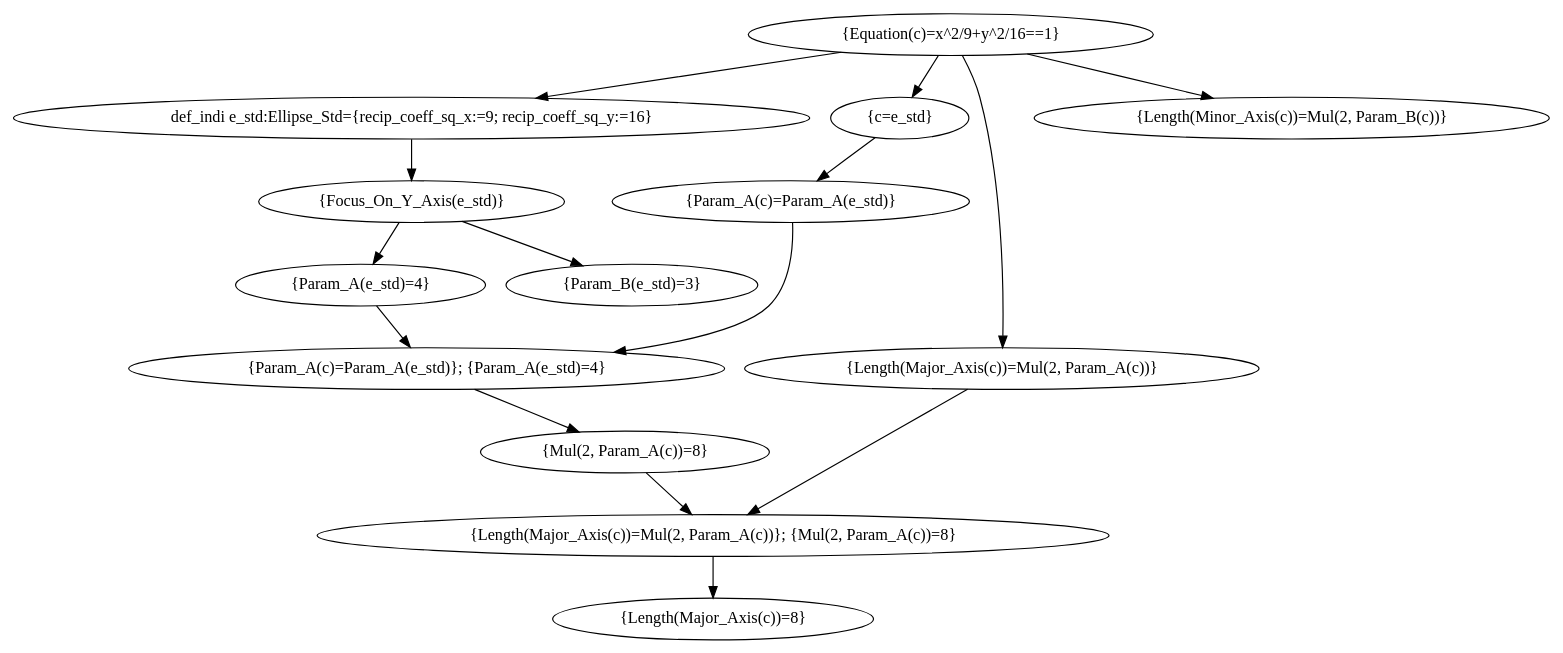
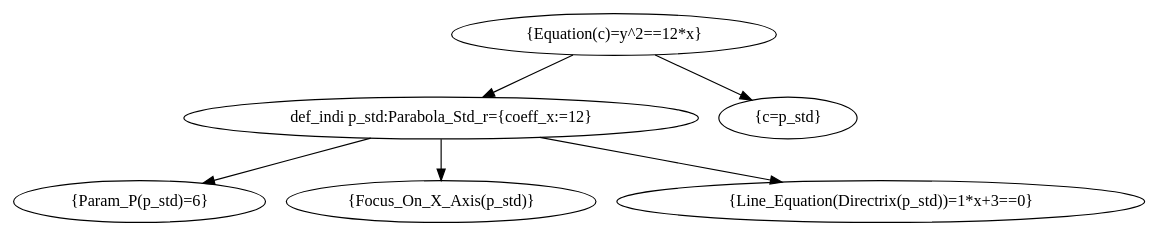
Before and after one commit to trapped-beast/KE_Reasoning_Engine: the diagram in reasoning_engine/all_progress.dot, drawn with Graphviz. The commit also changed 19 other files, not shown here.

```diff
--- a/reasoning_engine/all_progress.dot
+++ b/reasoning_engine/all_progress.dot
@@ -1,57 +1,27 @@
 digraph all_progress {
-	graph [bb="0,0,1079.6,540"];
+	graph [bb="0,0,788.88,180"];
 	node [label="\N"];
-	"{Equation(c)=x^2/9+y^2/16==1}"	[height=0.5,
-		pos="649.63,522",
-		width=3.6469];
-	"def_indi e_std:Ellipse_Std={recip_coeff_sq_x:=9; recip_coeff_sq_y:=16}"	[height=0.5,
-		pos="273.63,450",
-		width=7.6007];
-	"{Equation(c)=x^2/9+y^2/16==1}" -> "def_indi e_std:Ellipse_Std={recip_coeff_sq_x:=9; recip_coeff_sq_y:=16}"	[pos="e,362.02,467.46 573.99,506.92 516.23,496.17 436.12,481.25 373.16,469.53"];
-	"{c=e_std}"	[height=0.5,
-		pos="612.63,450",
-		width=1.3179];
-	"{Equation(c)=x^2/9+y^2/16==1}" -> "{c=e_std}"	[pos="e,621.67,468.1 640.48,503.7 636.4,495.98 631.5,486.71 626.96,478.11"];
-	"{Length(Major_Axis(c))=Mul(2, Param_A(c))}"	[height=0.5,
-		pos="687.63,234",
-		width=5.0551];
-	"{Equation(c)=x^2/9+y^2/16==1}" -> "{Length(Major_Axis(c))=Mul(2, Param_A(c))}"	[pos="e,687.76,252.47 657.14,503.67 661.23,493.48 665.98,480.23 668.63,468 684.26,395.66 687.26,308.15 687.69,263.79"];
-	"{Length(Minor_Axis(c))=Mul(2, Param_B(c))}"	[height=0.5,
-		pos="897.63,450",
-		width=5.0551];
-	"{Equation(c)=x^2/9+y^2/16==1}" -> "{Length(Minor_Axis(c))=Mul(2, Param_B(c))}"	[pos="e,839.13,467.51 705.28,505.29 741.7,495.01 789.56,481.5 828.43,470.53"];
-	"{Focus_On_Y_Axis(e_std)}"	[height=0.5,
-		pos="273.63,378",
-		width=3.1053];
-	"def_indi e_std:Ellipse_Std={recip_coeff_sq_x:=9; recip_coeff_sq_y:=16}" -> "{Focus_On_Y_Axis(e_std)}"	[pos="e,273.63,396.1 273.63,431.7 273.63,424.41 273.63,415.73 273.63,407.54"];
-	"{Param_A(c)=Param_A(e_std)}"	[height=0.5,
-		pos="533.63,378",
-		width=3.5025];
-	"{c=e_std}" -> "{Param_A(c)=Param_A(e_std)}"	[pos="e,552.86,396.04 594.7,433.12 584.86,424.39 572.44,413.39 561.37,403.58"];
-	"{Length(Major_Axis(c))=Mul(2, Param_A(c))}; {Mul(2, Param_A(c))=8}"	[height=0.5,
-		pos="482.63,90",
-		width=7.7451];
-	"{Length(Major_Axis(c))=Mul(2, Param_A(c))}" -> "{Length(Major_Axis(c))=Mul(2, Param_A(c))}; {Mul(2, Param_A(c))=8}"	[pos="e,507.76,108.41 662.9,215.87 626.52,190.67 558.43,143.51 517.15,114.91"];
-	"{Param_A(e_std)=4}"	[height=0.5,
-		pos="226.63,306",
-		width=2.4192];
-	"{Focus_On_Y_Axis(e_std)}" -> "{Param_A(e_std)=4}"	[pos="e,238.11,324.1 262.01,359.7 256.71,351.81 250.33,342.3 244.45,333.55"];
-	"{Param_B(e_std)=3}"	[height=0.5,
-		pos="418.63,306",
-		width=2.4192];
-	"{Focus_On_Y_Axis(e_std)}" -> "{Param_B(e_std)=3}"	[pos="e,385.26,323.11 307.99,360.41 328.07,350.72 353.6,338.39 375.08,328.02"];
-	"{Param_A(c)=Param_A(e_std)}; {Param_A(e_std)=4}"	[height=0.5,
-		pos="279.63,234",
-		width=5.7773];
-	"{Param_A(e_std)=4}" -> "{Param_A(c)=Param_A(e_std)}; {Param_A(e_std)=4}"	[pos="e,266.55,252.28 239.46,288.05 245.55,280.01 252.97,270.2 259.77,261.23"];
-	"{Param_A(c)=Param_A(e_std)}" -> "{Param_A(c)=Param_A(e_std)}; {Param_A(e_std)=4}"	[pos="e,395.74,249.3 535.04,359.73 535.67,339.69 533.4,306.99 514.63,288 498.57,271.75 453.42,259.72 406.94,251.27"];
-	"{Mul(2, Param_A(c))=8}"	[height=0.5,
-		pos="417.63,162",
-		width=2.8525];
-	"{Param_A(c)=Param_A(e_std)}; {Param_A(e_std)=4}" -> "{Mul(2, Param_A(c))=8}"	[pos="e,385.17,179.47 313.38,215.88 332,206.43 355.3,194.61 375.15,184.55"];
-	"{Mul(2, Param_A(c))=8}" -> "{Length(Major_Axis(c))=Mul(2, Param_A(c))}; {Mul(2, Param_A(c))=8}"	[pos="e,466.58,108.28 433.36,144.05 440.99,135.84 450.32,125.79 458.8,116.66"];
-	"{Length(Major_Axis(c))=8}"	[height=0.5,
-		pos="482.63,18",
+	"{Equation(c)=y^2==12*x}"	[height=0.5,
+		pos="424.44,162",
+		width=2.997];
+	"def_indi p_std:Parabola_Std_r={coeff_x:=12}"	[height=0.5,
+		pos="303.44,90",
+		width=4.8746];
+	"{Equation(c)=y^2==12*x}" -> "def_indi p_std:Parabola_Std_r={coeff_x:=12}"	[pos="e,333.03,108.12 395.46,144.23 379.68,135.1 359.93,123.68 342.78,113.76"];
+	"{c=p_std}"	[height=0.5,
+		pos="545.44,90",
+		width=1.336];
+	"{Equation(c)=y^2==12*x}" -> "{c=p_std}"	[pos="e,519.98,105.73 453.42,144.23 470.45,134.38 492.1,121.86 510.12,111.43"];
+	"{Param_P(p_std)=6}"	[height=0.5,
+		pos="86.442,18",
+		width=2.4012];
+	"def_indi p_std:Parabola_Std_r={coeff_x:=12}" -> "{Param_P(p_std)=6}"	[pos="e,131.86,33.65 251.74,72.322 218.82,61.704 176.19,47.952 142.47,37.074"];
+	"{Focus_On_X_Axis(p_std)}"	[height=0.5,
+		pos="303.44,18",
 		width=3.1233];
-	"{Length(Major_Axis(c))=Mul(2, Param_A(c))}; {Mul(2, Param_A(c))=8}" -> "{Length(Major_Axis(c))=8}"	[pos="e,482.63,36.104 482.63,71.697 482.63,64.407 482.63,55.726 482.63,47.536"];
+	"def_indi p_std:Parabola_Std_r={coeff_x:=12}" -> "{Focus_On_X_Axis(p_std)}"	[pos="e,303.44,36.104 303.44,71.697 303.44,64.407 303.44,55.726 303.44,47.536"];
+	"{Line_Equation(Directrix(p_std))=1*x+3==0}"	[height=0.5,
+		pos="611.44,18",
+		width=4.9287];
+	"def_indi p_std:Parabola_Std_r={coeff_x:=12}" -> "{Line_Equation(Directrix(p_std))=1*x+3==0}"	[pos="e,541.3,34.942 373.33,73.116 419.93,62.525 481.35,48.566 530.14,37.478"];
 }
```
